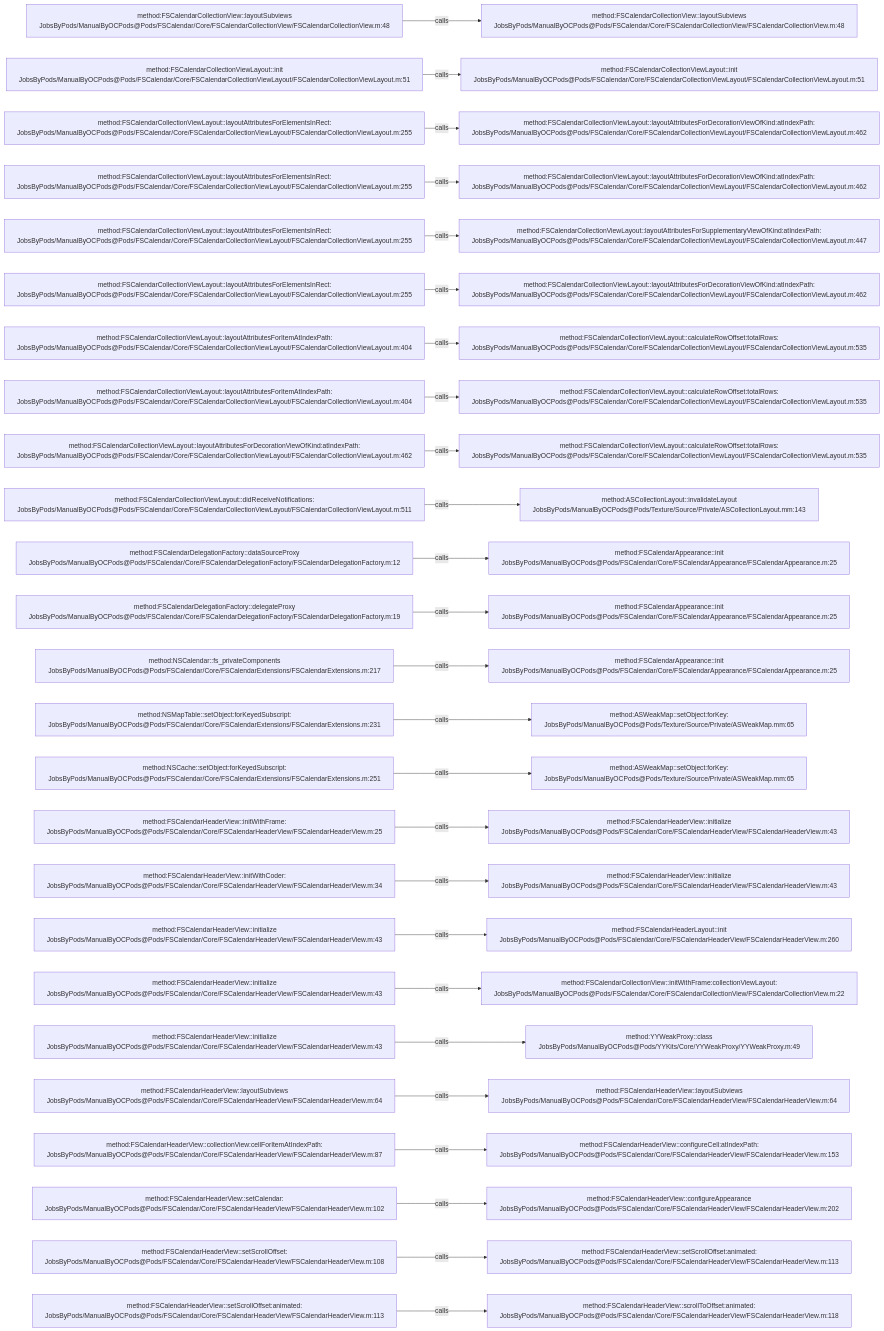
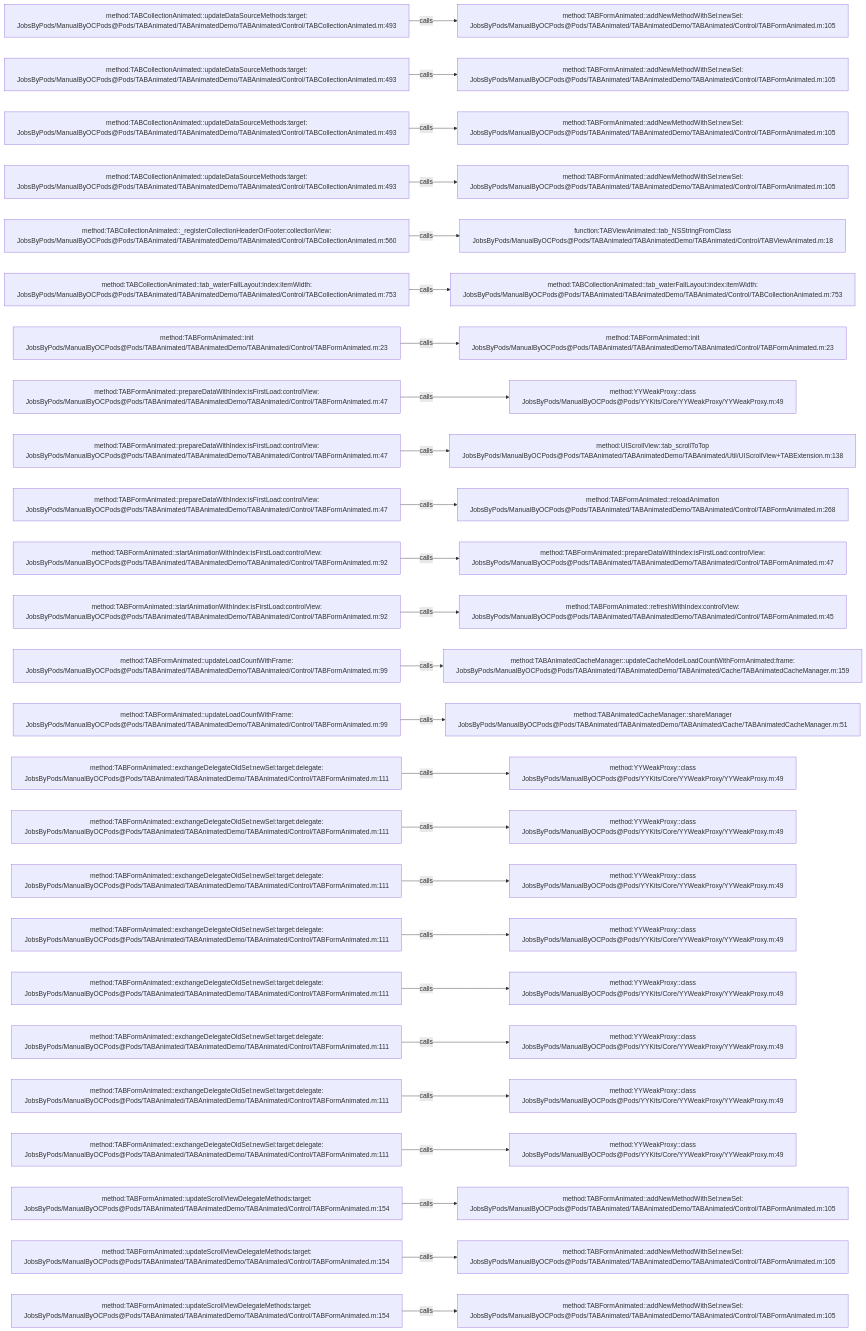
One commit to JobsKits/JobsOCBaseConfigDemo changed the diagram in .codegraph/codegraph.md/graphs/calls-016.md. Above: the diagram before and after it, drawn with Mermaid. The commit also changed 1448 other files, not shown here.

````diff
--- a/.codegraph/codegraph.md/graphs/calls-016.md
+++ b/.codegraph/codegraph.md/graphs/calls-016.md
@@ -13,78 +13,78 @@
 ```mermaid
 flowchart LR
-  S1["method:FSCalendarCollectionView::layoutSubviews<br/>JobsByPods/ManualByOCPods@Pods/FSCalendar/Core/FSCalendarCollectionView/FSCalendarCollectionView.m:48"]
-  T1["method:FSCalendarCollectionView::layoutSubviews<br/>JobsByPods/ManualByOCPods@Pods/FSCalendar/Core/FSCalendarCollectionView/FSCalendarCollectionView.m:48"]
+  S1["method:TABCollectionAnimated::updateDataSourceMethods:target:<br/>JobsByPods/ManualByOCPods@Pods/TABAnimated/TABAnimatedDemo/TABAnimated/Control/TABCollectionAnimated.m:493"]
+  T1["method:TABFormAnimated::addNewMethodWithSel:newSel:<br/>JobsByPods/ManualByOCPods@Pods/TABAnimated/TABAnimatedDemo/TABAnimated/Control/TABFormAnimated.m:105"]
   S1 -->|calls| T1
-  S2["method:FSCalendarCollectionViewLayout::init<br/>JobsByPods/ManualByOCPods@Pods/FSCalendar/Core/FSCalendarCollectionViewLayout/FSCalendarCollectionViewLayout.m:51"]
-  T2["method:FSCalendarCollectionViewLayout::init<br/>JobsByPods/ManualByOCPods@Pods/FSCalendar/Core/FSCalendarCollectionViewLayout/FSCalendarCollectionViewLayout.m:51"]
+  S2["method:TABCollectionAnimated::updateDataSourceMethods:target:<br/>JobsByPods/ManualByOCPods@Pods/TABAnimated/TABAnimatedDemo/TABAnimated/Control/TABCollectionAnimated.m:493"]
+  T2["method:TABFormAnimated::addNewMethodWithSel:newSel:<br/>JobsByPods/ManualByOCPods@Pods/TABAnimated/TABAnimatedDemo/TABAnimated/Control/TABFormAnimated.m:105"]
   S2 -->|calls| T2
-  S3["method:FSCalendarCollectionViewLayout::layoutAttributesForElementsInRect:<br/>JobsByPods/ManualByOCPods@Pods/FSCalendar/Core/FSCalendarCollectionViewLayout/FSCalendarCollectionViewLayout.m:255"]
-  T3["method:FSCalendarCollectionViewLayout::layoutAttributesForDecorationViewOfKind:atIndexPath:<br/>JobsByPods/ManualByOCPods@Pods/FSCalendar/Core/FSCalendarCollectionViewLayout/FSCalendarCollectionViewLayout.m:462"]
+  S3["method:TABCollectionAnimated::updateDataSourceMethods:target:<br/>JobsByPods/ManualByOCPods@Pods/TABAnimated/TABAnimatedDemo/TABAnimated/Control/TABCollectionAnimated.m:493"]
+  T3["method:TABFormAnimated::addNewMethodWithSel:newSel:<br/>JobsByPods/ManualByOCPods@Pods/TABAnimated/TABAnimatedDemo/TABAnimated/Control/TABFormAnimated.m:105"]
   S3 -->|calls| T3
-  S4["method:FSCalendarCollectionViewLayout::layoutAttributesForElementsInRect:<br/>JobsByPods/ManualByOCPods@Pods/FSCalendar/Core/FSCalendarCollectionViewLayout/FSCalendarCollectionViewLayout.m:255"]
-  T4["method:FSCalendarCollectionViewLayout::layoutAttributesForDecorationViewOfKind:atIndexPath:<br/>JobsByPods/ManualByOCPods@Pods/FSCalendar/Core/FSCalendarCollectionViewLayout/FSCalendarCollectionViewLayout.m:462"]
+  S4["method:TABCollectionAnimated::updateDataSourceMethods:target:<br/>JobsByPods/ManualByOCPods@Pods/TABAnimated/TABAnimatedDemo/TABAnimated/Control/TABCollectionAnimated.m:493"]
+  T4["method:TABFormAnimated::addNewMethodWithSel:newSel:<br/>JobsByPods/ManualByOCPods@Pods/TABAnimated/TABAnimatedDemo/TABAnimated/Control/TABFormAnimated.m:105"]
   S4 -->|calls| T4
-  S5["method:FSCalendarCollectionViewLayout::layoutAttributesForElementsInRect:<br/>JobsByPods/ManualByOCPods@Pods/FSCalendar/Core/FSCalendarCollectionViewLayout/FSCalendarCollectionViewLayout.m:255"]
-  T5["method:FSCalendarCollectionViewLayout::layoutAttributesForSupplementaryViewOfKind:atIndexPath:<br/>JobsByPods/ManualByOCPods@Pods/FSCalendar/Core/FSCalendarCollectionViewLayout/FSCalendarCollectionViewLayout.m:447"]
+  S5["method:TABCollectionAnimated::_registerCollectionHeaderOrFooter:collectionView:<br/>JobsByPods/ManualByOCPods@Pods/TABAnimated/TABAnimatedDemo/TABAnimated/Control/TABCollectionAnimated.m:560"]
+  T5["function:TABViewAnimated::tab_NSStringFromClass<br/>JobsByPods/ManualByOCPods@Pods/TABAnimated/TABAnimatedDemo/TABAnimated/Control/TABViewAnimated.m:18"]
   S5 -->|calls| T5
-  S6["method:FSCalendarCollectionViewLayout::layoutAttributesForElementsInRect:<br/>JobsByPods/ManualByOCPods@Pods/FSCalendar/Core/FSCalendarCollectionViewLayout/FSCalendarCollectionViewLayout.m:255"]
-  T6["method:FSCalendarCollectionViewLayout::layoutAttributesForDecorationViewOfKind:atIndexPath:<br/>JobsByPods/ManualByOCPods@Pods/FSCalendar/Core/FSCalendarCollectionViewLayout/FSCalendarCollectionViewLayout.m:462"]
+  S6["method:TABCollectionAnimated::tab_waterFallLayout:index:itemWidth:<br/>JobsByPods/ManualByOCPods@Pods/TABAnimated/TABAnimatedDemo/TABAnimated/Control/TABCollectionAnimated.m:753"]
+  T6["method:TABCollectionAnimated::tab_waterFallLayout:index:itemWidth:<br/>JobsByPods/ManualByOCPods@Pods/TABAnimated/TABAnimatedDemo/TABAnimated/Control/TABCollectionAnimated.m:753"]
   S6 -->|calls| T6
-  S7["method:FSCalendarCollectionViewLayout::layoutAttributesForItemAtIndexPath:<br/>JobsByPods/ManualByOCPods@Pods/FSCalendar/Core/FSCalendarCollectionViewLayout/FSCalendarCollectionViewLayout.m:404"]
-  T7["method:FSCalendarCollectionViewLayout::calculateRowOffset:totalRows:<br/>JobsByPods/ManualByOCPods@Pods/FSCalendar/Core/FSCalendarCollectionViewLayout/FSCalendarCollectionViewLayout.m:535"]
+  S7["method:TABFormAnimated::init<br/>JobsByPods/ManualByOCPods@Pods/TABAnimated/TABAnimatedDemo/TABAnimated/Control/TABFormAnimated.m:23"]
+  T7["method:TABFormAnimated::init<br/>JobsByPods/ManualByOCPods@Pods/TABAnimated/TABAnimatedDemo/TABAnimated/Control/TABFormAnimated.m:23"]
   S7 -->|calls| T7
-  S8["method:FSCalendarCollectionViewLayout::layoutAttributesForItemAtIndexPath:<br/>JobsByPods/ManualByOCPods@Pods/FSCalendar/Core/FSCalendarCollectionViewLayout/FSCalendarCollectionViewLayout.m:404"]
-  T8["method:FSCalendarCollectionViewLayout::calculateRowOffset:totalRows:<br/>JobsByPods/ManualByOCPods@Pods/FSCalendar/Core/FSCalendarCollectionViewLayout/FSCalendarCollectionViewLayout.m:535"]
+  S8["method:TABFormAnimated::prepareDataWithIndex:isFirstLoad:controlView:<br/>JobsByPods/ManualByOCPods@Pods/TABAnimated/TABAnimatedDemo/TABAnimated/Control/TABFormAnimated.m:47"]
+  T8["method:YYWeakProxy::class<br/>JobsByPods/ManualByOCPods@Pods/YYKits/Core/YYWeakProxy/YYWeakProxy.m:49"]
   S8 -->|calls| T8
-  S9["method:FSCalendarCollectionViewLayout::layoutAttributesForDecorationViewOfKind:atIndexPath:<br/>JobsByPods/ManualByOCPods@Pods/FSCalendar/Core/FSCalendarCollectionViewLayout/FSCalendarCollectionViewLayout.m:462"]
-  T9["method:FSCalendarCollectionViewLayout::calculateRowOffset:totalRows:<br/>JobsByPods/ManualByOCPods@Pods/FSCalendar/Core/FSCalendarCollectionViewLayout/FSCalendarCollectionViewLayout.m:535"]
+  S9["method:TABFormAnimated::prepareDataWithIndex:isFirstLoad:controlView:<br/>JobsByPods/ManualByOCPods@Pods/TABAnimated/TABAnimatedDemo/TABAnimated/Control/TABFormAnimated.m:47"]
+  T9["method:UIScrollView::tab_scrollToTop<br/>JobsByPods/ManualByOCPods@Pods/TABAnimated/TABAnimatedDemo/TABAnimated/Util/UIScrollView+TABExtension.m:138"]
   S9 -->|calls| T9
-  S10["method:FSCalendarCollectionViewLayout::didReceiveNotifications:<br/>JobsByPods/ManualByOCPods@Pods/FSCalendar/Core/FSCalendarCollectionViewLayout/FSCalendarCollectionViewLayout.m:511"]
-  T10["method:ASCollectionLayout::invalidateLayout<br/>JobsByPods/ManualByOCPods@Pods/Texture/Source/Private/ASCollectionLayout.mm:143"]
+  S10["method:TABFormAnimated::prepareDataWithIndex:isFirstLoad:controlView:<br/>JobsByPods/ManualByOCPods@Pods/TABAnimated/TABAnimatedDemo/TABAnimated/Control/TABFormAnimated.m:47"]
+  T10["method:TABFormAnimated::reloadAnimation<br/>JobsByPods/ManualByOCPods@Pods/TABAnimated/TABAnimatedDemo/TABAnimated/Control/TABFormAnimated.m:268"]
   S10 -->|calls| T10
-  S11["method:FSCalendarDelegationFactory::dataSourceProxy<br/>JobsByPods/ManualByOCPods@Pods/FSCalendar/Core/FSCalendarDelegationFactory/FSCalendarDelegationFactory.m:12"]
-  T11["method:FSCalendarAppearance::init<br/>JobsByPods/ManualByOCPods@Pods/FSCalendar/Core/FSCalendarAppearance/FSCalendarAppearance.m:25"]
+  S11["method:TABFormAnimated::startAnimationWithIndex:isFirstLoad:controlView:<br/>JobsByPods/ManualByOCPods@Pods/TABAnimated/TABAnimatedDemo/TABAnimated/Control/TABFormAnimated.m:92"]
+  T11["method:TABFormAnimated::prepareDataWithIndex:isFirstLoad:controlView:<br/>JobsByPods/ManualByOCPods@Pods/TABAnimated/TABAnimatedDemo/TABAnimated/Control/TABFormAnimated.m:47"]
   S11 -->|calls| T11
-  S12["method:FSCalendarDelegationFactory::delegateProxy<br/>JobsByPods/ManualByOCPods@Pods/FSCalendar/Core/FSCalendarDelegationFactory/FSCalendarDelegationFactory.m:19"]
-  T12["method:FSCalendarAppearance::init<br/>JobsByPods/ManualByOCPods@Pods/FSCalendar/Core/FSCalendarAppearance/FSCalendarAppearance.m:25"]
+  S12["method:TABFormAnimated::startAnimationWithIndex:isFirstLoad:controlView:<br/>JobsByPods/ManualByOCPods@Pods/TABAnimated/TABAnimatedDemo/TABAnimated/Control/TABFormAnimated.m:92"]
+  T12["method:TABFormAnimated::refreshWithIndex:controlView:<br/>JobsByPods/ManualByOCPods@Pods/TABAnimated/TABAnimatedDemo/TABAnimated/Control/TABFormAnimated.m:45"]
   S12 -->|calls| T12
-  S13["method:NSCalendar::fs_privateComponents<br/>JobsByPods/ManualByOCPods@Pods/FSCalendar/Core/FSCalendarExtensions/FSCalendarExtensions.m:217"]
-  T13["method:FSCalendarAppearance::init<br/>JobsByPods/ManualByOCPods@Pods/FSCalendar/Core/FSCalendarAppearance/FSCalendarAppearance.m:25"]
+  S13["method:TABFormAnimated::updateLoadCountWithFrame:<br/>JobsByPods/ManualByOCPods@Pods/TABAnimated/TABAnimatedDemo/TABAnimated/Control/TABFormAnimated.m:99"]
+  T13["method:TABAnimatedCacheManager::updateCacheModelLoadCountWithFormAnimated:frame:<br/>JobsByPods/ManualByOCPods@Pods/TABAnimated/TABAnimatedDemo/TABAnimated/Cache/TABAnimatedCacheManager.m:159"]
   S13 -->|calls| T13
-  S14["method:NSMapTable::setObject:forKeyedSubscript:<br/>JobsByPods/ManualByOCPods@Pods/FSCalendar/Core/FSCalendarExtensions/FSCalendarExtensions.m:231"]
-  T14["method:ASWeakMap::setObject:forKey:<br/>JobsByPods/ManualByOCPods@Pods/Texture/Source/Private/ASWeakMap.mm:65"]
+  S14["method:TABFormAnimated::updateLoadCountWithFrame:<br/>JobsByPods/ManualByOCPods@Pods/TABAnimated/TABAnimatedDemo/TABAnimated/Control/TABFormAnimated.m:99"]
+  T14["method:TABAnimatedCacheManager::shareManager<br/>JobsByPods/ManualByOCPods@Pods/TABAnimated/TABAnimatedDemo/TABAnimated/Cache/TABAnimatedCacheManager.m:51"]
   S14 -->|calls| T14
-  S15["method:NSCache::setObject:forKeyedSubscript:<br/>JobsByPods/ManualByOCPods@Pods/FSCalendar/Core/FSCalendarExtensions/FSCalendarExtensions.m:251"]
-  T15["method:ASWeakMap::setObject:forKey:<br/>JobsByPods/ManualByOCPods@Pods/Texture/Source/Private/ASWeakMap.mm:65"]
+  S15["method:TABFormAnimated::exchangeDelegateOldSel:newSel:target:delegate:<br/>JobsByPods/ManualByOCPods@Pods/TABAnimated/TABAnimatedDemo/TABAnimated/Control/TABFormAnimated.m:111"]
+  T15["method:YYWeakProxy::class<br/>JobsByPods/ManualByOCPods@Pods/YYKits/Core/YYWeakProxy/YYWeakProxy.m:49"]
   S15 -->|calls| T15
-  S16["method:FSCalendarHeaderView::initWithFrame:<br/>JobsByPods/ManualByOCPods@Pods/FSCalendar/Core/FSCalendarHeaderView/FSCalendarHeaderView.m:25"]
-  T16["method:FSCalendarHeaderView::initialize<br/>JobsByPods/ManualByOCPods@Pods/FSCalendar/Core/FSCalendarHeaderView/FSCalendarHeaderView.m:43"]
+  S16["method:TABFormAnimated::exchangeDelegateOldSel:newSel:target:delegate:<br/>JobsByPods/ManualByOCPods@Pods/TABAnimated/TABAnimatedDemo/TABAnimated/Control/TABFormAnimated.m:111"]
+  T16["method:YYWeakProxy::class<br/>JobsByPods/ManualByOCPods@Pods/YYKits/Core/YYWeakProxy/YYWeakProxy.m:49"]
   S16 -->|calls| T16
-  S17["method:FSCalendarHeaderView::initWithCoder:<br/>JobsByPods/ManualByOCPods@Pods/FSCalendar/Core/FSCalendarHeaderView/FSCalendarHeaderView.m:34"]
-  T17["method:FSCalendarHeaderView::initialize<br/>JobsByPods/ManualByOCPods@Pods/FSCalendar/Core/FSCalendarHeaderView/FSCalendarHeaderView.m:43"]
+  S17["method:TABFormAnimated::exchangeDelegateOldSel:newSel:target:delegate:<br/>JobsByPods/ManualByOCPods@Pods/TABAnimated/TABAnimatedDemo/TABAnimated/Control/TABFormAnimated.m:111"]
+  T17["method:YYWeakProxy::class<br/>JobsByPods/ManualByOCPods@Pods/YYKits/Core/YYWeakProxy/YYWeakProxy.m:49"]
   S17 -->|calls| T17
-  S18["method:FSCalendarHeaderView::initialize<br/>JobsByPods/ManualByOCPods@Pods/FSCalendar/Core/FSCalendarHeaderView/FSCalendarHeaderView.m:43"]
-  T18["method:FSCalendarHeaderLayout::init<br/>JobsByPods/ManualByOCPods@Pods/FSCalendar/Core/FSCalendarHeaderView/FSCalendarHeaderView.m:260"]
+  S18["method:TABFormAnimated::exchangeDelegateOldSel:newSel:target:delegate:<br/>JobsByPods/ManualByOCPods@Pods/TABAnimated/TABAnimatedDemo/TABAnimated/Control/TABFormAnimated.m:111"]
+  T18["method:YYWeakProxy::class<br/>JobsByPods/ManualByOCPods@Pods/YYKits/Core/YYWeakProxy/YYWeakProxy.m:49"]
   S18 -->|calls| T18
-  S19["method:FSCalendarHeaderView::initialize<br/>JobsByPods/ManualByOCPods@Pods/FSCalendar/Core/FSCalendarHeaderView/FSCalendarHeaderView.m:43"]
-  T19["method:FSCalendarCollectionView::initWithFrame:collectionViewLayout:<br/>JobsByPods/ManualByOCPods@Pods/FSCalendar/Core/FSCalendarCollectionView/FSCalendarCollectionView.m:22"]
+  S19["method:TABFormAnimated::exchangeDelegateOldSel:newSel:target:delegate:<br/>JobsByPods/ManualByOCPods@Pods/TABAnimated/TABAnimatedDemo/TABAnimated/Control/TABFormAnimated.m:111"]
+  T19["method:YYWeakProxy::class<br/>JobsByPods/ManualByOCPods@Pods/YYKits/Core/YYWeakProxy/YYWeakProxy.m:49"]
   S19 -->|calls| T19
-  S20["method:FSCalendarHeaderView::initialize<br/>JobsByPods/ManualByOCPods@Pods/FSCalendar/Core/FSCalendarHeaderView/FSCalendarHeaderView.m:43"]
+  S20["method:TABFormAnimated::exchangeDelegateOldSel:newSel:target:delegate:<br/>JobsByPods/ManualByOCPods@Pods/TABAnimated/TABAnimatedDemo/TABAnimated/Control/TABFormAnimated.m:111"]
   T20["method:YYWeakProxy::class<br/>JobsByPods/ManualByOCPods@Pods/YYKits/Core/YYWeakProxy/YYWeakProxy.m:49"]
   S20 -->|calls| T20
-  S21["method:FSCalendarHeaderView::layoutSubviews<br/>JobsByPods/ManualByOCPods@Pods/FSCalendar/Core/FSCalendarHeaderView/FSCalendarHeaderView.m:64"]
-  T21["method:FSCalendarHeaderView::layoutSubviews<br/>JobsByPods/ManualByOCPods@Pods/FSCalendar/Core/FSCalendarHeaderView/FSCalendarHeaderView.m:64"]
+  S21["method:TABFormAnimated::exchangeDelegateOldSel:newSel:target:delegate:<br/>JobsByPods/ManualByOCPods@Pods/TABAnimated/TABAnimatedDemo/TABAnimated/Control/TABFormAnimated.m:111"]
+  T21["method:YYWeakProxy::class<br/>JobsByPods/ManualByOCPods@Pods/YYKits/Core/YYWeakProxy/YYWeakProxy.m:49"]
   S21 -->|calls| T21
-  S22["method:FSCalendarHeaderView::collectionView:cellForItemAtIndexPath:<br/>JobsByPods/ManualByOCPods@Pods/FSCalendar/Core/FSCalendarHeaderView/FSCalendarHeaderView.m:87"]
-  T22["method:FSCalendarHeaderView::configureCell:atIndexPath:<br/>JobsByPods/ManualByOCPods@Pods/FSCalendar/Core/FSCalendarHeaderView/FSCalendarHeaderView.m:153"]
+  S22["method:TABFormAnimated::exchangeDelegateOldSel:newSel:target:delegate:<br/>JobsByPods/ManualByOCPods@Pods/TABAnimated/TABAnimatedDemo/TABAnimated/Control/TABFormAnimated.m:111"]
+  T22["method:YYWeakProxy::class<br/>JobsByPods/ManualByOCPods@Pods/YYKits/Core/YYWeakProxy/YYWeakProxy.m:49"]
   S22 -->|calls| T22
-  S23["method:FSCalendarHeaderView::setCalendar:<br/>JobsByPods/ManualByOCPods@Pods/FSCalendar/Core/FSCalendarHeaderView/FSCalendarHeaderView.m:102"]
-  T23["method:FSCalendarHeaderView::configureAppearance<br/>JobsByPods/ManualByOCPods@Pods/FSCalendar/Core/FSCalendarHeaderView/FSCalendarHeaderView.m:202"]
+  S23["method:TABFormAnimated::updateScrollViewDelegateMethods:target:<br/>JobsByPods/ManualByOCPods@Pods/TABAnimated/TABAnimatedDemo/TABAnimated/Control/TABFormAnimated.m:154"]
+  T23["method:TABFormAnimated::addNewMethodWithSel:newSel:<br/>JobsByPods/ManualByOCPods@Pods/TABAnimated/TABAnimatedDemo/TABAnimated/Control/TABFormAnimated.m:105"]
   S23 -->|calls| T23
-  S24["method:FSCalendarHeaderView::setScrollOffset:<br/>JobsByPods/ManualByOCPods@Pods/FSCalendar/Core/FSCalendarHeaderView/FSCalendarHeaderView.m:108"]
-  T24["method:FSCalendarHeaderView::setScrollOffset:animated:<br/>JobsByPods/ManualByOCPods@Pods/FSCalendar/Core/FSCalendarHeaderView/FSCalendarHeaderView.m:113"]
+  S24["method:TABFormAnimated::updateScrollViewDelegateMethods:target:<br/>JobsByPods/ManualByOCPods@Pods/TABAnimated/TABAnimatedDemo/TABAnimated/Control/TABFormAnimated.m:154"]
+  T24["method:TABFormAnimated::addNewMethodWithSel:newSel:<br/>JobsByPods/ManualByOCPods@Pods/TABAnimated/TABAnimatedDemo/TABAnimated/Control/TABFormAnimated.m:105"]
   S24 -->|calls| T24
-  S25["method:FSCalendarHeaderView::setScrollOffset:animated:<br/>JobsByPods/ManualByOCPods@Pods/FSCalendar/Core/FSCalendarHeaderView/FSCalendarHeaderView.m:113"]
-  T25["method:FSCalendarHeaderView::scrollToOffset:animated:<br/>JobsByPods/ManualByOCPods@Pods/FSCalendar/Core/FSCalendarHeaderView/FSCalendarHeaderView.m:118"]
+  S25["method:TABFormAnimated::updateScrollViewDelegateMethods:target:<br/>JobsByPods/ManualByOCPods@Pods/TABAnimated/TABAnimatedDemo/TABAnimated/Control/TABFormAnimated.m:154"]
+  T25["method:TABFormAnimated::addNewMethodWithSel:newSel:<br/>JobsByPods/ManualByOCPods@Pods/TABAnimated/TABAnimatedDemo/TABAnimated/Control/TABFormAnimated.m:105"]
   S25 -->|calls| T25
 ```
````
